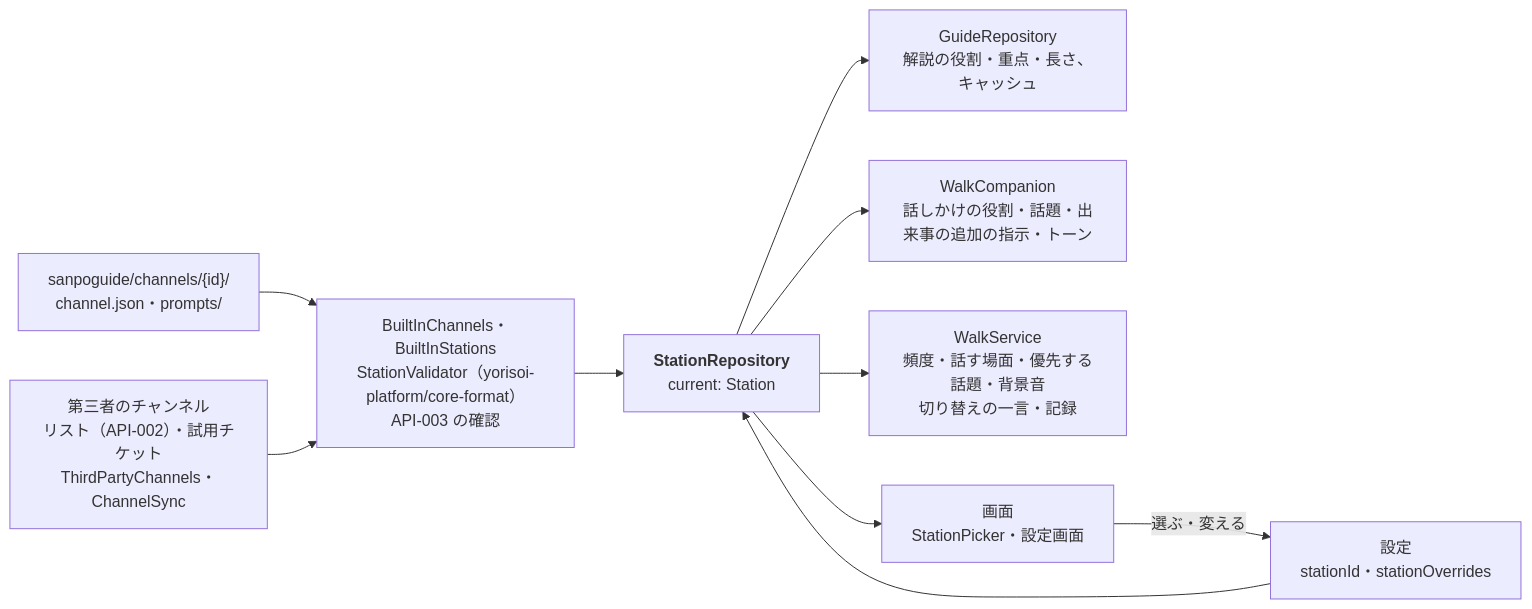
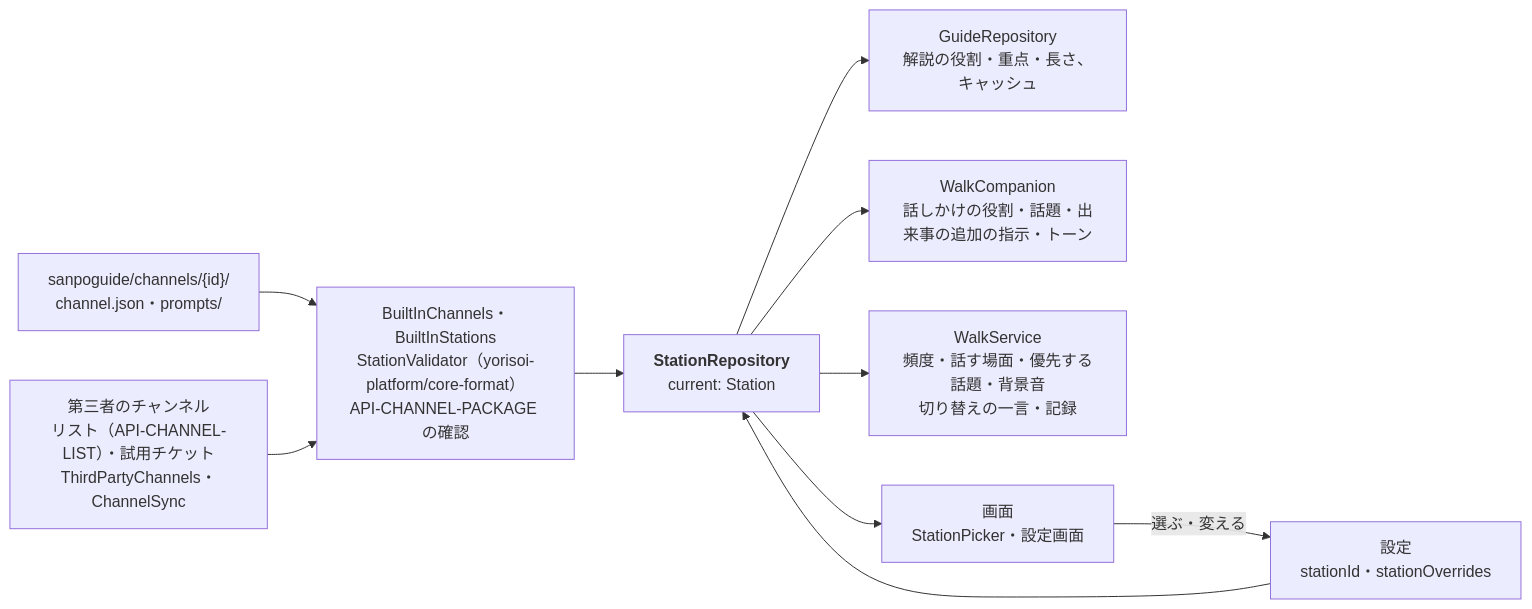
The seventh of 8 diagrams in docs/architecture.md (duwenji/yorisoi-sanpoguide), drawn with Mermaid before and after one commit. The commit also changed other lines of this file and 9 other files, not shown here.

````diff
--- a/docs/architecture.md
+++ b/docs/architecture.md
@@ -237,12 +238,12 @@
 ```mermaid
 flowchart LR
-  Assets["sanpoguide/channels/{id}/<br/>channel.json・prompts/"] --> Check["BuiltInChannels・BuiltInStations<br/>StationValidator（yorisoi-platform/core-format）<br/>API-003 の確認"]
-  ThirdParty["第三者のチャンネル<br/>リスト（API-002）・試用チケット<br/>ThirdPartyChannels・ChannelSync"] --> Check
+  Assets["sanpoguide/channels/{id}/<br/>channel.json・prompts/"] --> Check["BuiltInChannels・BuiltInStations<br/>StationValidator（yorisoi-platform/core-format）<br/>API-CHANNEL-PACKAGE の確認"]
+  ThirdParty["第三者のチャンネル<br/>リスト（API-CHANNEL-LIST）・試用チケット<br/>ThirdPartyChannels・ChannelSync"] --> Check
   Check --> Repo["<b>StationRepository</b><br/>current: Station"]
   Settings["設定<br/>stationId・stationOverrides"] --> Repo
   Repo --> Guide["GuideRepository<br/>解説の役割・重点・長さ、キャッシュ"]
   Repo --> Companion["WalkCompanion<br/>話しかけの役割・話題・出来事の追加の指示・トーン"]
   Repo --> Walk["WalkService<br/>頻度・話す場面・優先する話題・背景音<br/>切り替えの一言・記録"]
   Repo --> Screens["画面<br/>StationPicker・設定画面"]
   Screens -- "選ぶ・変える" --> Settings
 ```
````
